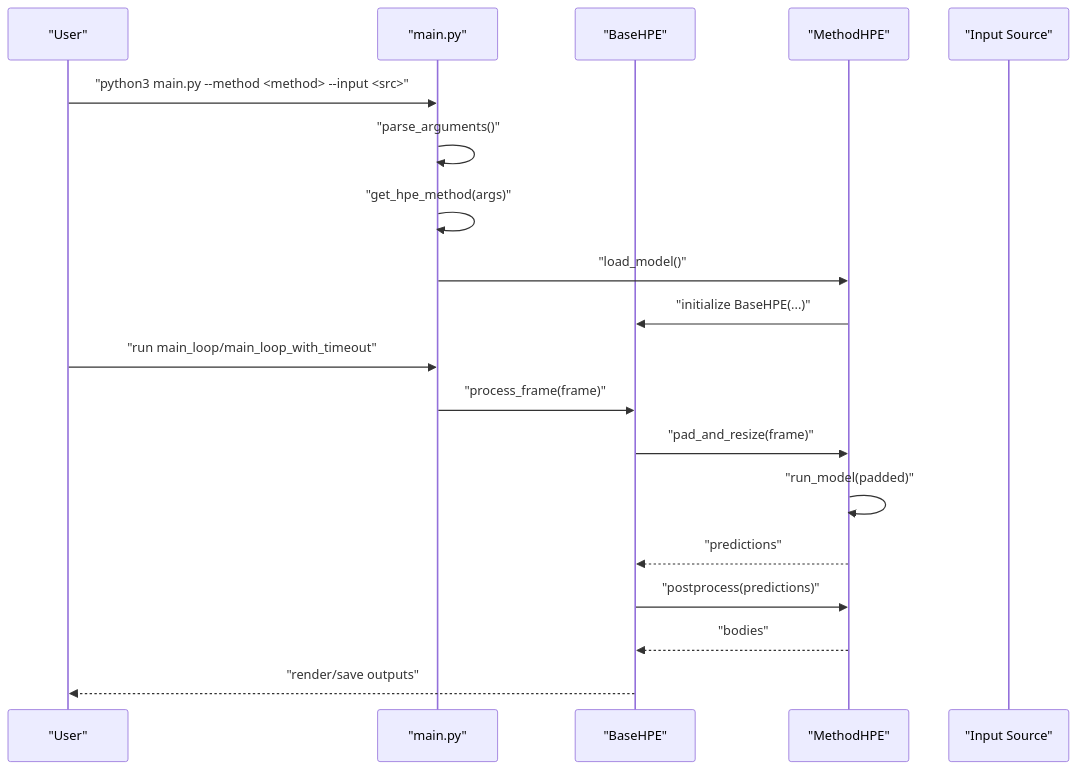
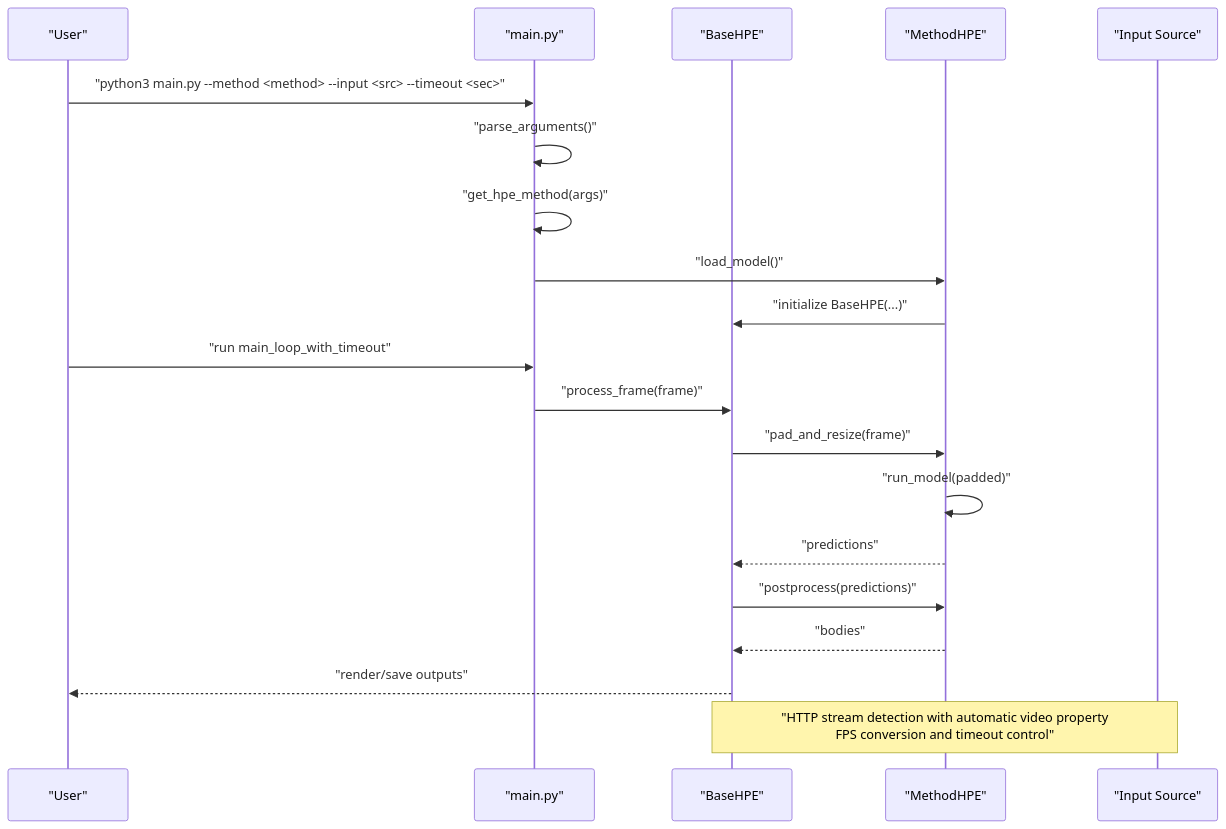
Before and after one commit to Fogus-Gr/MeasurementsDTs: the second of 3 diagrams in .qoder/repowiki/en/content/Getting Started.md, drawn with Mermaid. The commit also changed other lines of this file and 5 other files, not shown here.

````diff
--- a/.qoder/repowiki/en/content/Getting Started.md
+++ b/.qoder/repowiki/en/content/Getting Started.md
@@ -97,21 +107,22 @@
 ```mermaid
 sequenceDiagram
 participant U as "User"
 participant M as "main.py"
 participant B as "BaseHPE"
 participant H as "MethodHPE"
 participant V as "Input Source"
-U->>M : "python3 main.py --method <method> --input <src>"
+U->>M : "python3 main.py --method <method> --input <src> --timeout <sec>"
 M->>M : "parse_arguments()"
 M->>M : "get_hpe_method(args)"
 M->>H : "load_model()"
 H->>B : "initialize BaseHPE(...)"
-U->>M : "run main_loop/main_loop_with_timeout"
+U->>M : "run main_loop_with_timeout"
 M->>B : "process_frame(frame)"
 B->>H : "pad_and_resize(frame)"
 H->>H : "run_model(padded)"
 H-->>B : "predictions"
 B->>H : "postprocess(predictions)"
 H-->>B : "bodies"
 B-->>U : "render/save outputs"
+Note over B,V : "HTTP stream detection with automatic video property<br/>FPS conversion and timeout control"
 ```
````
